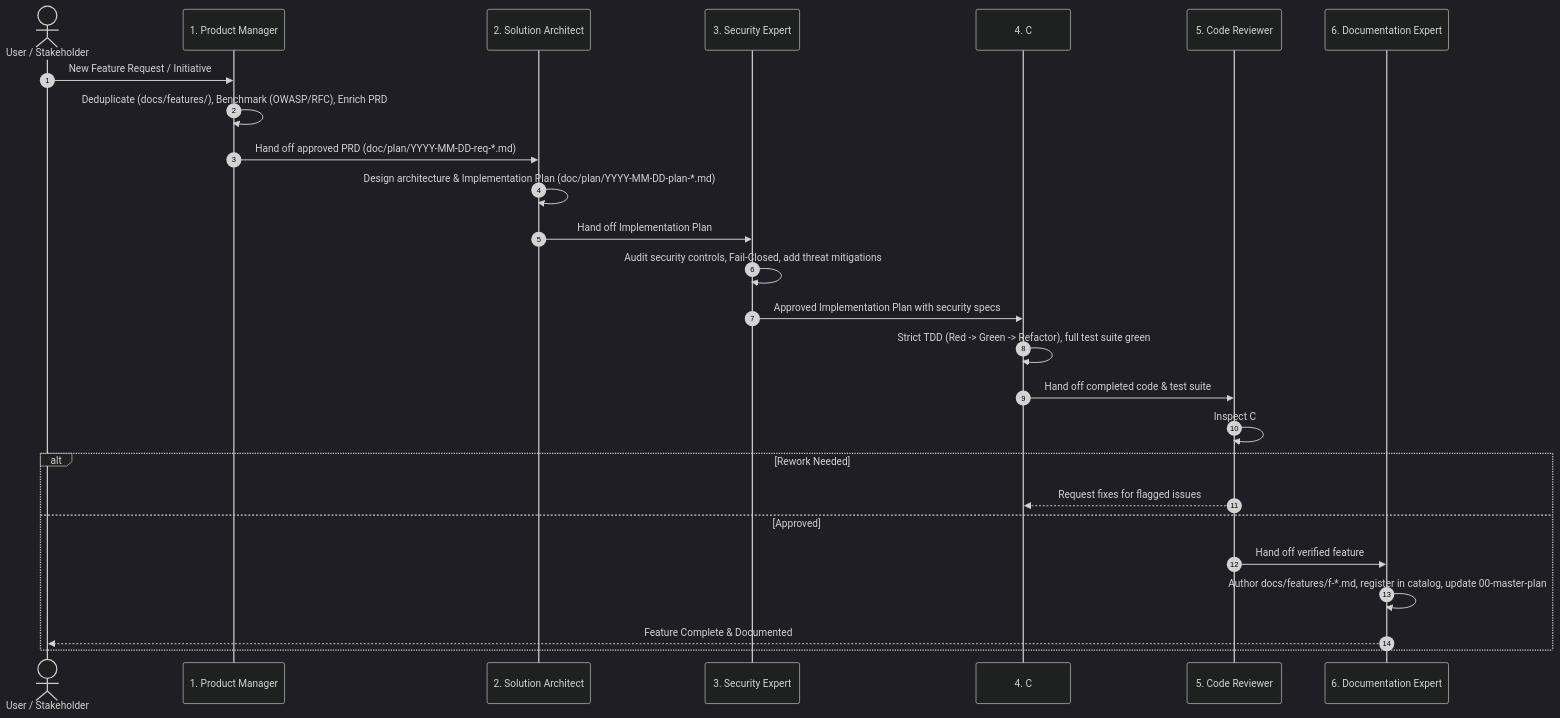
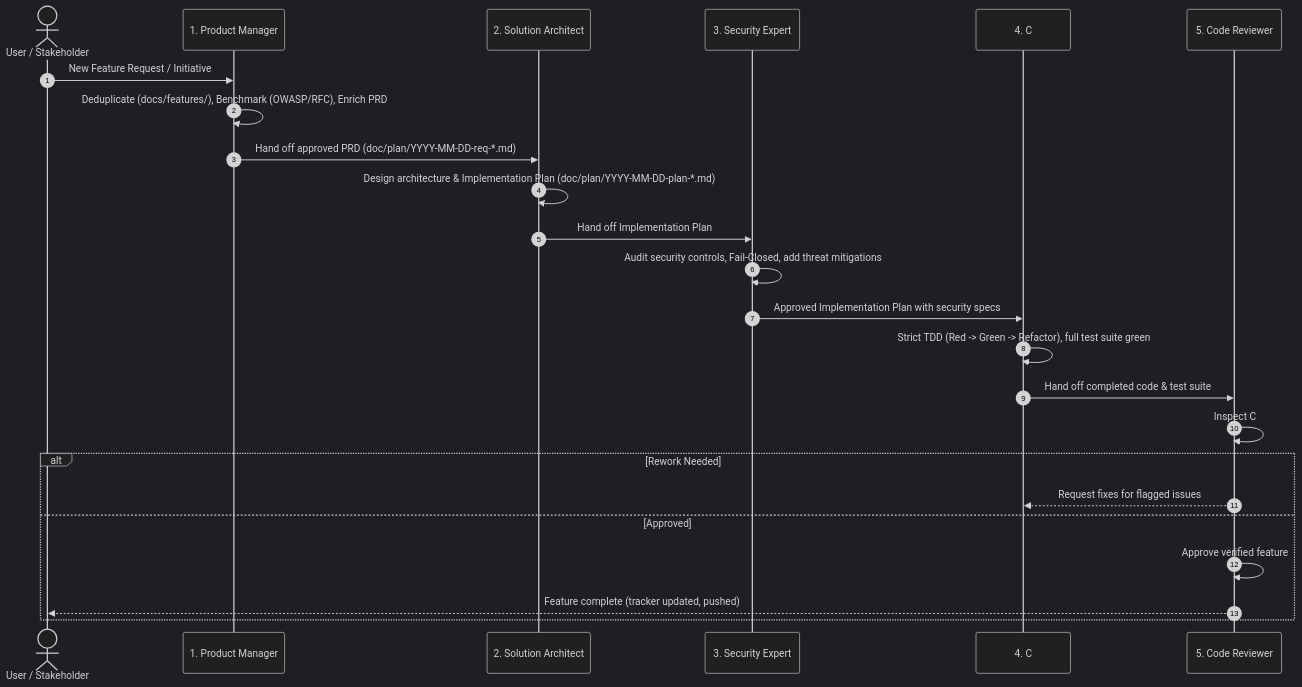
The diagram in .agents/skills/project-manager/SKILL.md (themulle/autheris), drawn with Mermaid (dark theme) before and after one commit. The commit also changed other lines of this file and 2 other files, not shown here.

First line of the commit message:
chore(agents): drop the documentation phase from the project manager lifecycle

````diff
--- a/.agents/skills/project-manager/SKILL.md
+++ b/.agents/skills/project-manager/SKILL.md
@@ -18,29 +20,27 @@
 ```mermaid
 sequenceDiagram
     autonumber
     actor User as User / Stakeholder
     participant PM as 1. Product Manager
     participant Arch as 2. Solution Architect
     participant Sec as 3. Security Expert
     participant Dev as 4. C# TDD Developer(s)
     participant Rev as 5. Code Reviewer
-    participant Doc as 6. Documentation Expert
 
     User->>PM: New Feature Request / Initiative
     PM->>PM: Deduplicate (docs/features/), Benchmark (OWASP/RFC), Enrich PRD
     PM->>Arch: Hand off approved PRD (doc/plan/YYYY-MM-DD-req-*.md)
     Arch->>Arch: Design architecture & Implementation Plan (doc/plan/YYYY-MM-DD-plan-*.md)
     Arch->>Sec: Hand off Implementation Plan
     Sec->>Sec: Audit security controls, Fail-Closed, add threat mitigations
     Sec->>Dev: Approved Implementation Plan with security specs
     Dev->>Dev: Strict TDD (Red -> Green -> Refactor), full test suite green
     Dev->>Rev: Hand off completed code & test suite
     Rev->>Rev: Inspect C# idioms, allocations, test coverage
     alt Rework Needed
         Rev-->>Dev: Request fixes for flagged issues
     else Approved
-        Rev->>Doc: Hand off verified feature
-        Doc->>Doc: Author docs/features/f-*.md, register in catalog, update 00-master-plan
-        Doc-->>User: Feature Complete & Documented
+        Rev->>Rev: Approve verified feature
+        Rev-->>User: Feature complete (tracker updated, pushed)
     end
 ```
````
